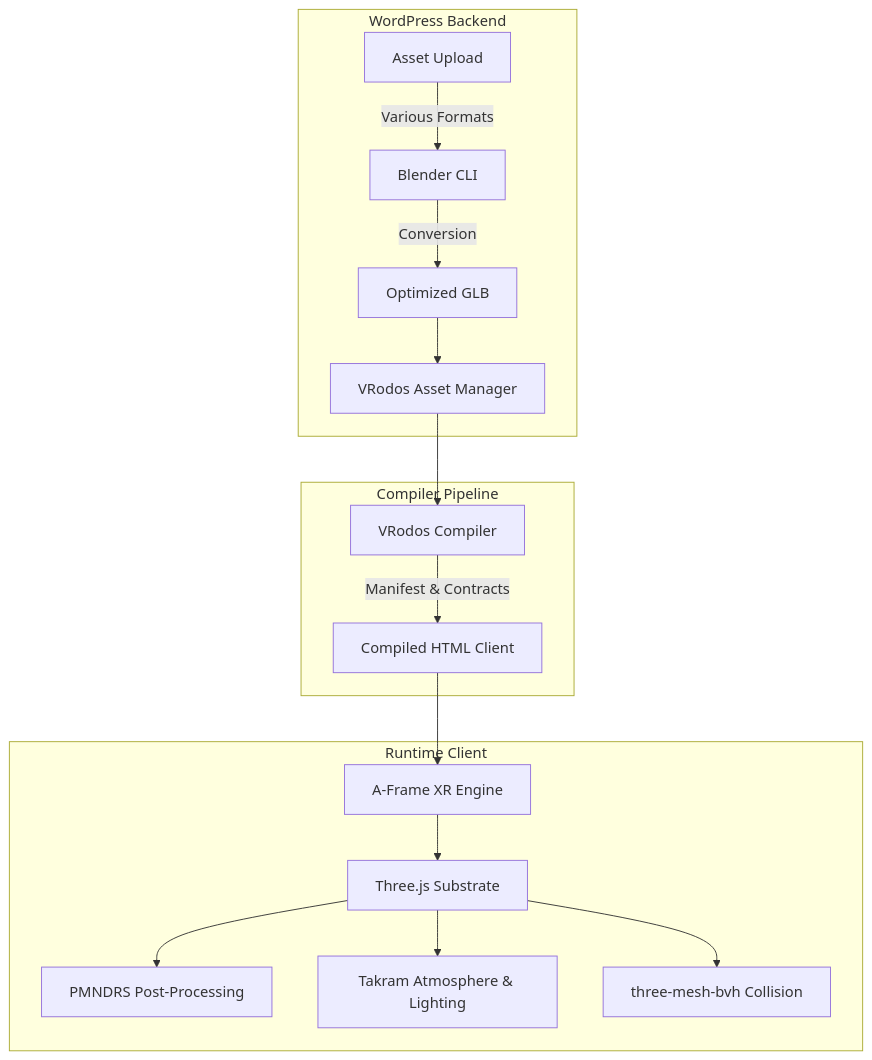
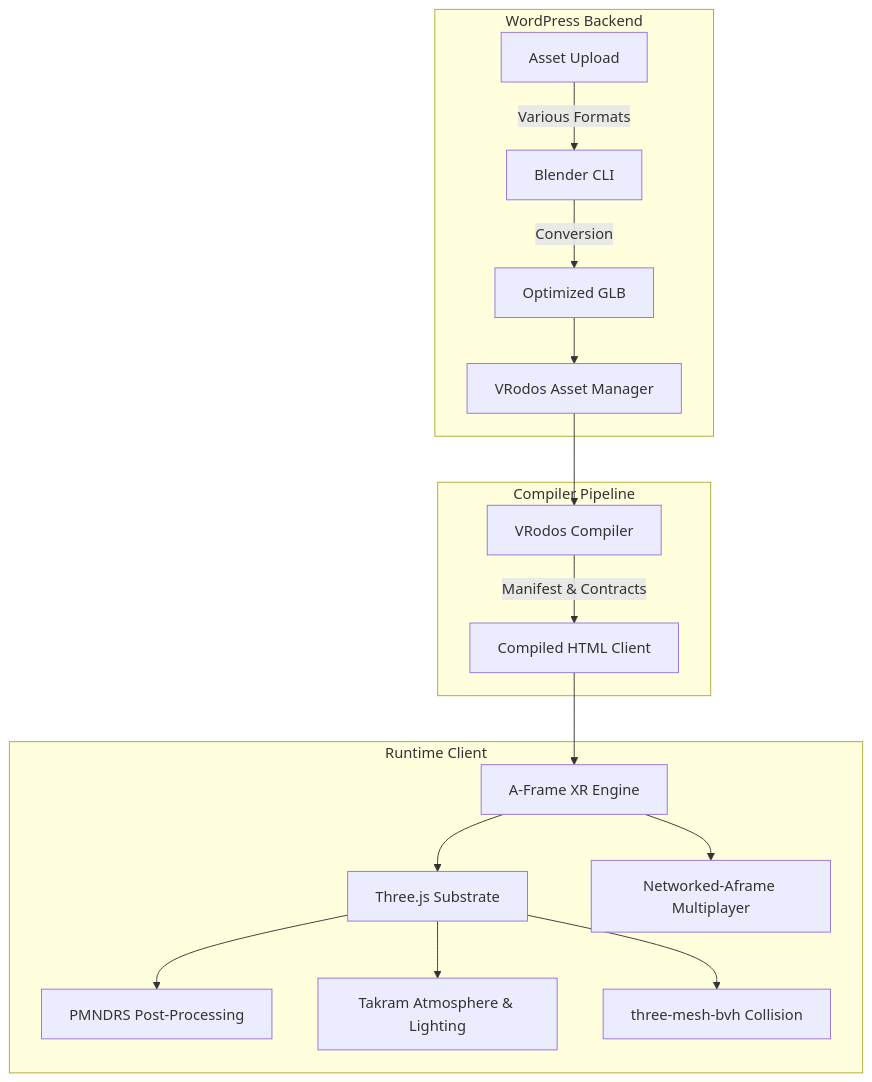
One commit to VRodos/VRodos changed the diagram in documentation/vrodos-compiled-scene-framework-integration.md. Above: the diagram before and after it, drawn with Mermaid. The commit also changed other lines of this file, not shown here.

````diff
--- a/documentation/vrodos-compiled-scene-framework-integration.md
+++ b/documentation/vrodos-compiled-scene-framework-integration.md
@@ -28,22 +29,23 @@
 ```mermaid
 graph TD
     subgraph WordPress Backend
         Upload[Asset Upload] -->|Various Formats| Blender[Blender CLI]
         Blender -->|Conversion| GLB[Optimized GLB]
         GLB --> AssetManager[VRodos Asset Manager]
     end
 
     subgraph Compiler Pipeline
         AssetManager --> Compiler[VRodos Compiler]
         Compiler -->|Manifest & Contracts| HTML[Compiled HTML Client]
     end
 
     subgraph Runtime Client
         HTML --> AFrame[A-Frame XR Engine]
         AFrame --> Three[Three.js Substrate]
 
         Three --> PMNDRS[PMNDRS Post-Processing]
         Three --> Takram[Takram Atmosphere & Lighting]
         Three --> BVH[three-mesh-bvh Collision]
+        AFrame --> NAF[Networked-Aframe Multiplayer]
     end
 ```
````
